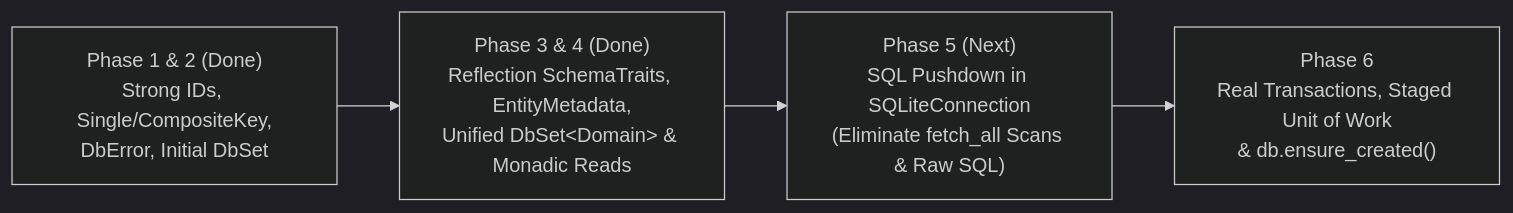
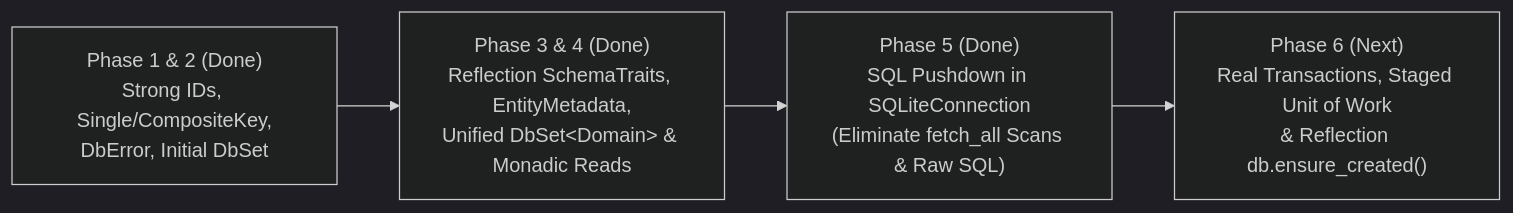
One commit to mythrz/CodeFirstCppDB_sqlgen changed the third of 3 diagrams in readme4.md. Above: the diagram before and after it, drawn with Mermaid (dark theme). The commit also changed other lines of this file, not shown here.

Commit message:
prep phase 6

````diff
--- a/readme4.md
+++ b/readme4.md
@@ -442,6 +434,6 @@
 ```mermaid
 flowchart LR
     P12["Phase 1 & 2 (Done)<br/>Strong IDs, Single/CompositeKey,<br/>DbError, Initial DbSet"] --> P34["Phase 3 & 4 (Done)<br/>Reflection SchemaTraits, EntityMetadata,<br/>Unified DbSet&lt;Domain&gt; &amp; Monadic Reads"]
-    P34 --> P5["Phase 5 (Next)<br/>SQL Pushdown in SQLiteConnection<br/>(Eliminate fetch_all Scans &amp; Raw SQL)"]
-    P5 --> P6["Phase 6<br/>Real Transactions, Staged Unit of Work<br/>&amp; db.ensure_created()"]
+    P34 --> P5["Phase 5 (Done)<br/>SQL Pushdown in SQLiteConnection<br/>(Eliminate fetch_all Scans &amp; Raw SQL)"]
+    P5 --> P6["Phase 6 (Next)<br/>Real Transactions, Staged Unit of Work<br/>&amp; Reflection db.ensure_created()"]
 ```
````
